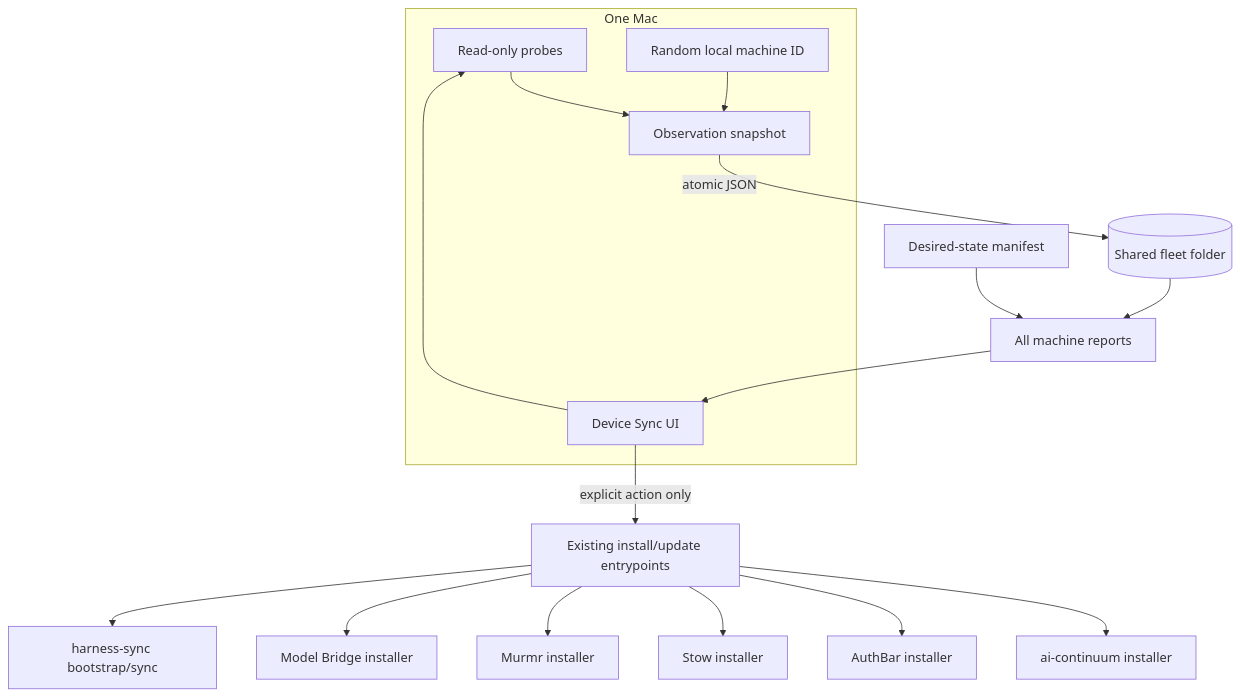
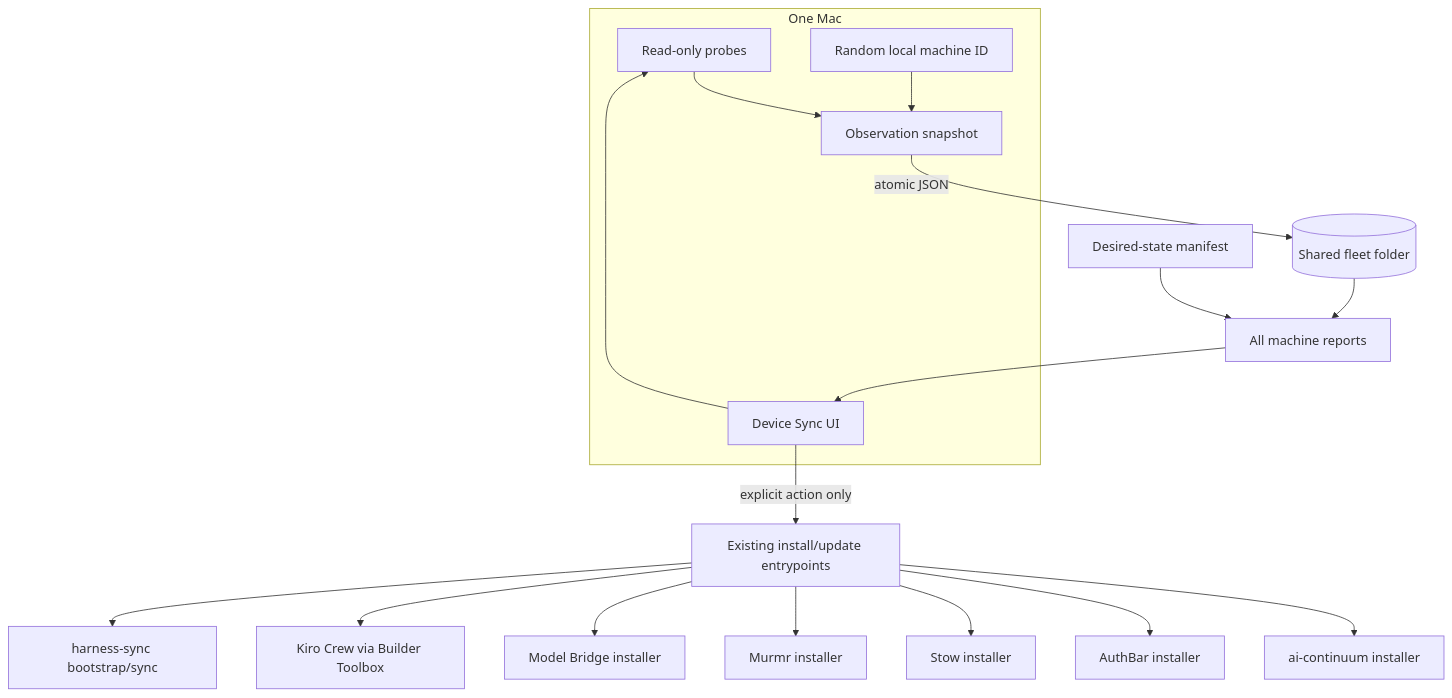
One commit to pstarkgit/FleetMesh changed the diagram in docs/ARCHITECTURE.md. Above: the diagram before and after it, drawn with Mermaid. The commit also changed other lines of this file and 13 other files, not shown here.

Commit message:
fix: replace MeshClaw tracking with Kiro Crew

````diff
--- a/docs/ARCHITECTURE.md
+++ b/docs/ARCHITECTURE.md
@@ -10,21 +10,22 @@
 ```mermaid
 flowchart TB
     subgraph Mac[One Mac]
       P[Read-only probes] --> O[Observation snapshot]
       L[Random local machine ID] --> O
       UI[Device Sync UI] --> P
     end
 
     O -->|atomic JSON| F[(Shared fleet folder)]
     F --> R[All machine reports]
     B[Desired-state manifest] --> R
     R --> UI
     UI -->|explicit action only| X[Existing install/update entrypoints]
 
     X --> A[ai-continuum installer]
     X --> AB[AuthBar installer]
     X --> ST[Stow installer]
     X --> MV[Murmr installer]
     X --> MB[Model Bridge installer]
+    X --> KC[Kiro Crew via Builder Toolbox]
     X --> HS[harness-sync bootstrap/sync]
 ```
````
